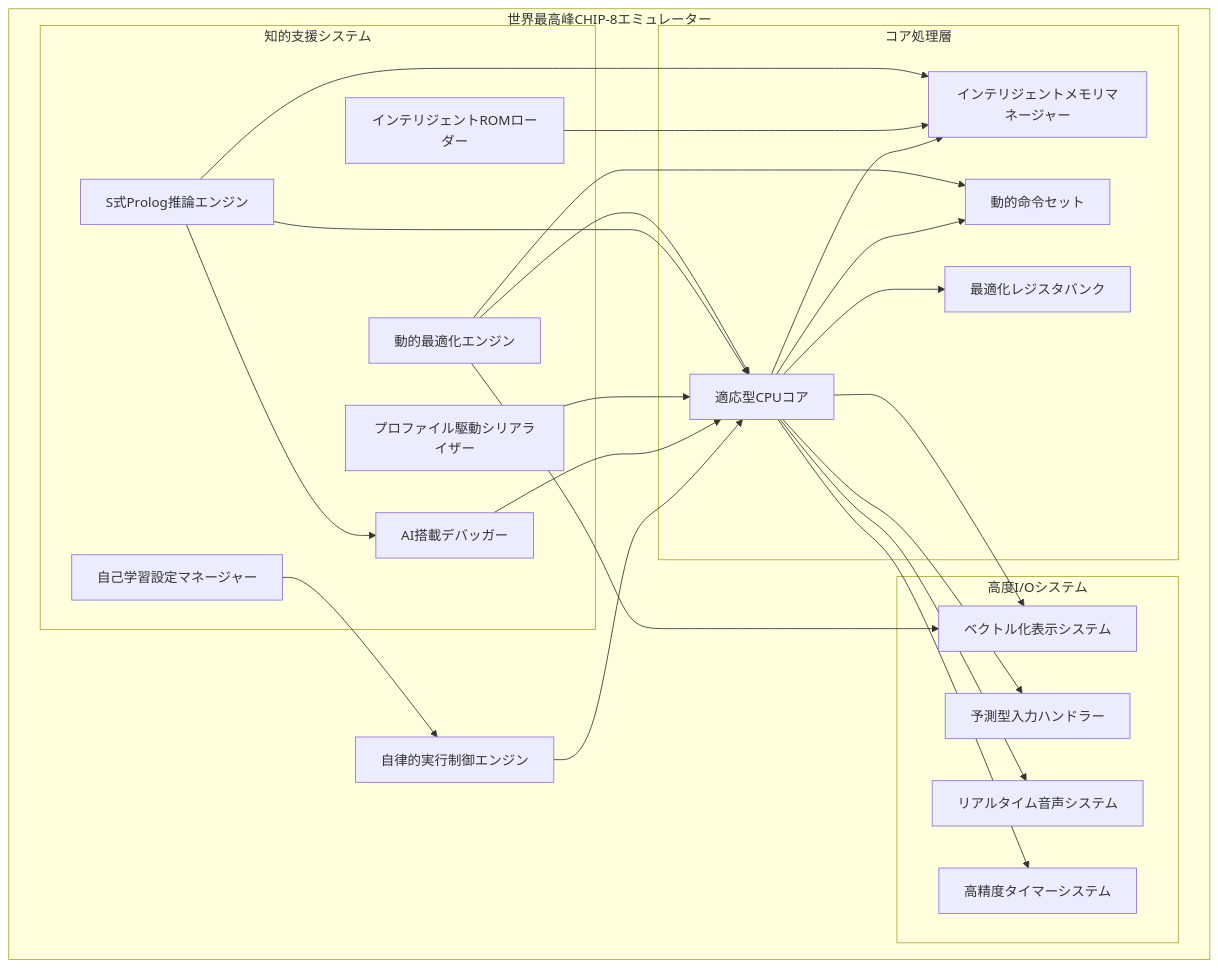
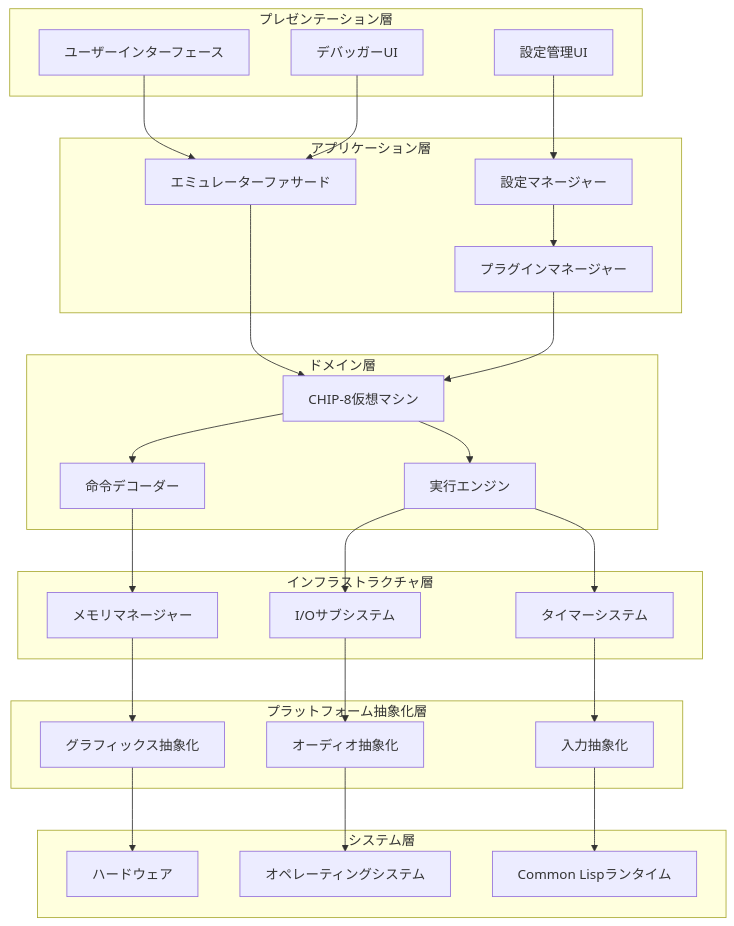
The first of 14 diagrams in docs/explanation/02-architecture-design.md (takeokunn/cl-chip8), drawn with Mermaid before and after one commit. The commit also changed other lines of this file and 27 other files, not shown here.

````diff
--- a/docs/explanation/02-architecture-design.md
+++ b/docs/explanation/02-architecture-design.md
@@ -9,49 +9,56 @@
 ```mermaid
 graph TB
-    subgraph "世界最高峰CHIP-8エミュレーター"
-        A[自律的実行制御エンジン]
-
-        subgraph "コア処理層"
-            B[適応型CPUコア]
-            C[インテリジェントメモリマネージャー]
-            D[動的命令セット]
-            E[最適化レジスタバンク]
-        end
-
-        subgraph "高度I/Oシステム"
-            F[ベクトル化表示システム]
-            G[予測型入力ハンドラー]
-            H[リアルタイム音声システム]
-            I[高精度タイマーシステム]
-        end
-
-        subgraph "知的支援システム"
-            J[インテリジェントROMローダー]
-            K[AI搭載デバッガー]
-            L[プロファイル駆動シリアライザー]
-            M[自己学習設定マネージャー]
-            N[S式Prolog推論エンジン]
-            O[動的最適化エンジン]
-        end
+    subgraph "プレゼンテーション層"
+        A[ユーザーインターフェース]
+        B[デバッガーUI]
+        C[設定管理UI]
     end
 
-    A --> B
-    B --> C
+    subgraph "アプリケーション層"
+        D[エミュレーターファサード]
+        E[設定マネージャー]
+        F[プラグインマネージャー]
+    end
+
+    subgraph "ドメイン層"
+        G[CHIP-8仮想マシン]
+        H[命令デコーダー]
+        I[実行エンジン]
+    end
+
+    subgraph "インフラストラクチャ層"
+        J[メモリマネージャー]
+        K[I/Oサブシステム]
+        L[タイマーシステム]
+    end
+
+    subgraph "プラットフォーム抽象化層"
+        M[グラフィックス抽象化]
+        N[オーディオ抽象化]
+        O[入力抽象化]
+    end
+
+    subgraph "システム層"
+        P[ハードウェア]
+        Q[オペレーティングシステム]
+        R[Common Lispランタイム]
+    end
+
+    A --> D
     B --> D
-    B --> E
-    B --> F
-    B --> G
-    B --> H
-    B --> I
-
-    J --> C
-    K --> B
-    L --> B
-    M --> A
-    N --> B
-    N --> C
-    N --> K
-    O --> B
-    O --> D
-    O --> F
+    C --> E
+    D --> G
+    E --> F
+    F --> G
+    G --> H
+    G --> I
+    H --> J
+    I --> K
+    I --> L
+    J --> M
+    K --> N
+    L --> O
+    M --> P
+    N --> Q
+    O --> R
 ```
````
